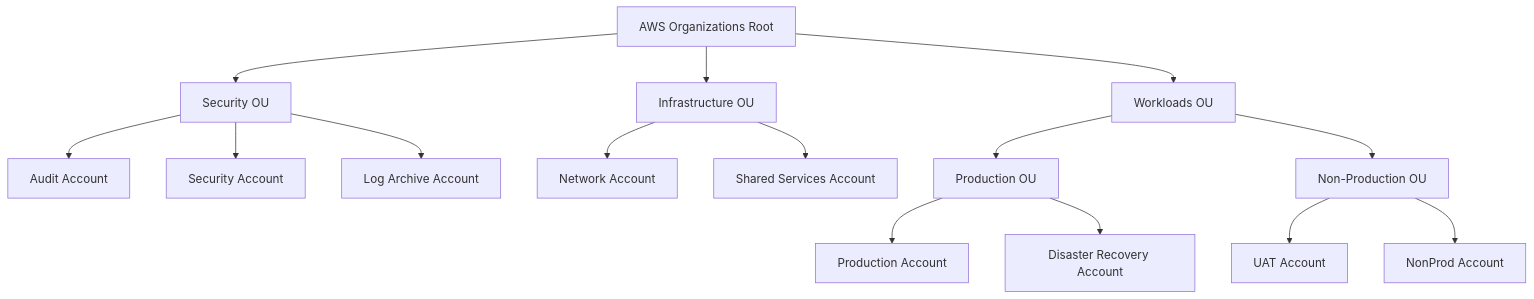
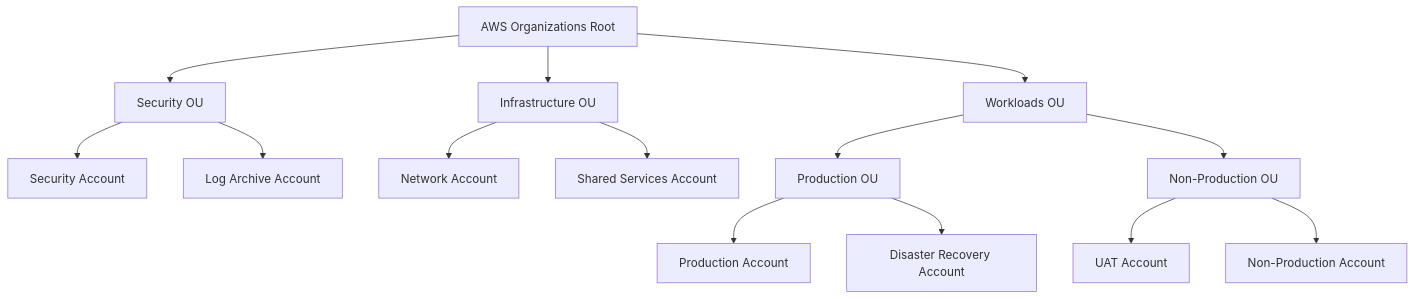
The second of 2 diagrams in Organization/OU-Structure.md (vanchinathan-Cloud/aws-advanced-network-security), drawn with Mermaid before and after one commit. The commit also changed other lines of this file, not shown here.

````diff
--- a/Organization/OU-Structure.md
+++ b/Organization/OU-Structure.md
@@ -38,35 +32,34 @@
 ```mermaid
 flowchart TD
 
-ROOT["AWS Organizations Root"]
+    ROOT["AWS Organizations Root"]
 
-ROOT --> SEC["Security OU"]
-ROOT --> INF["Infrastructure OU"]
-ROOT --> APP["Workloads OU"]
+    ROOT --> SEC["Security OU"]
+    ROOT --> INF["Infrastructure OU"]
+    ROOT --> WL["Workloads OU"]
 
-%% Security OU
+    %% Security OU
 
-SEC --> AUD["Audit Account"]
-SEC --> SECA["Security Account"]
-SEC --> LOGA["Log Archive Account"]
+    SEC --> SECA["Security Account"]
+    SEC --> LOGA["Log Archive Account"]
 
-%% Infrastructure OU
+    %% Infrastructure OU
 
-INF --> NETA["Network Account"]
-INF --> SHRA["Shared Services Account"]
+    INF --> NETA["Network Account"]
+    INF --> SHRA["Shared Services Account"]
 
-%% Workloads OU
+    %% Workloads OU
 
-APP --> PROD["Production OU"]
-APP --> NONP["Non-Production OU"]
+    WL --> PROD["Production OU"]
+    WL --> NONP["Non-Production OU"]
 
-%% Production
+    %% Production
 
-PROD --> PRDA["Production Account"]
-PROD --> DRA["Disaster Recovery Account"]
+    PROD --> PRDA["Production Account"]
+    PROD --> DRA["Disaster Recovery Account"]
 
-%% Non-Production
+    %% Non-Production
 
-NONP --> UATA["UAT Account"]
-NONP --> DEVA["NonProd Account"]
+    NONP --> UATA["UAT Account"]
+    NONP --> DEVA["Non-Production Account"]
 ```
````
